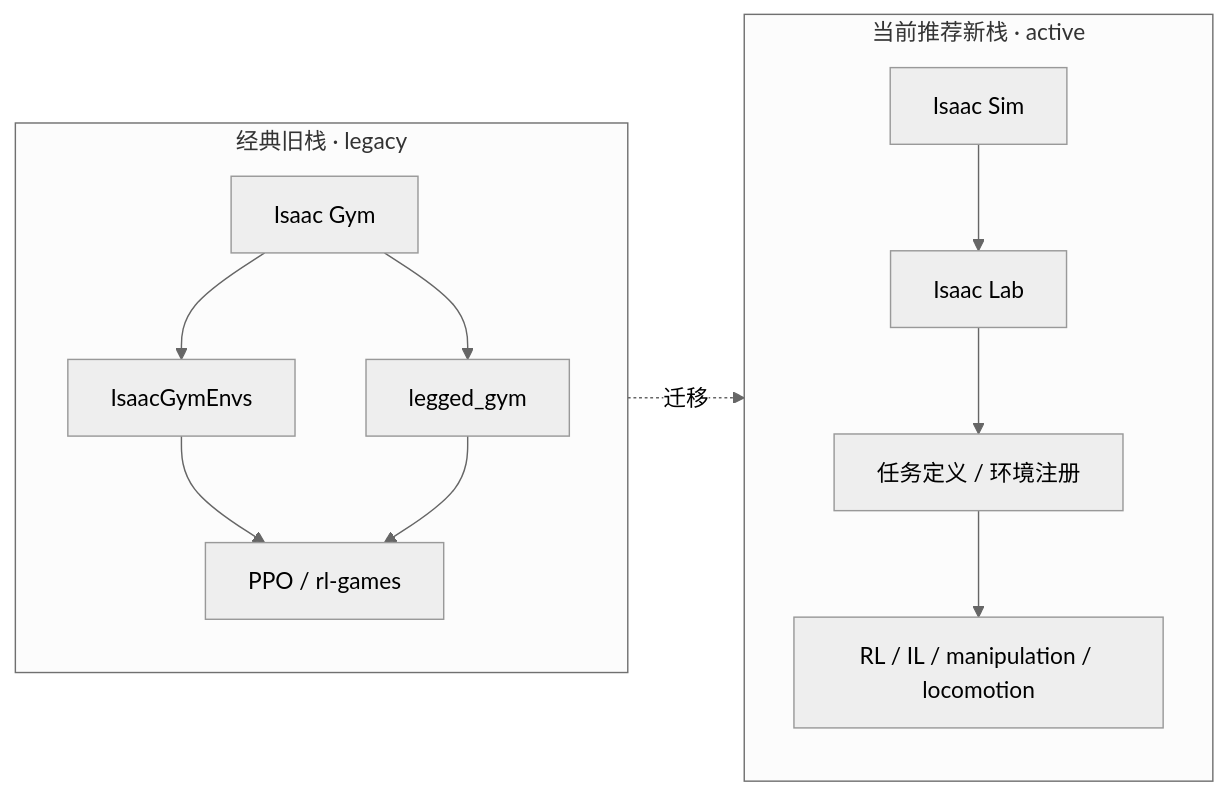
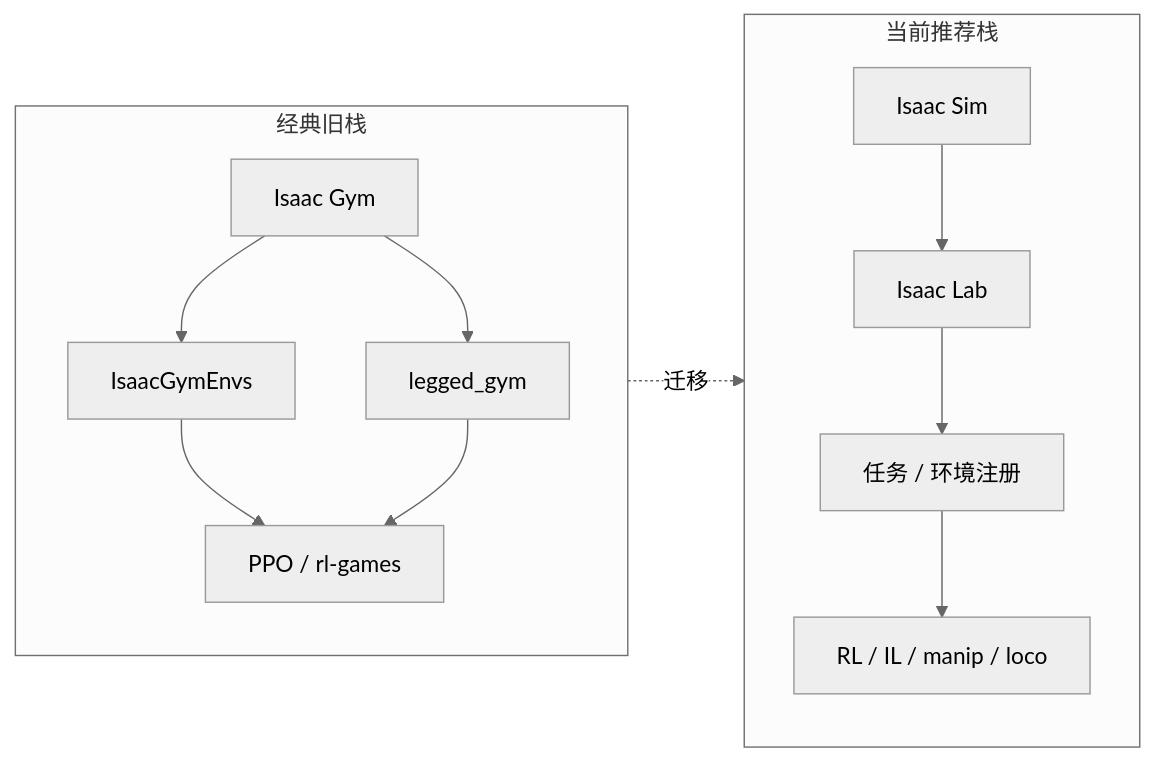
Before and after one commit to ImChong/Robotics_Notebooks: the second of 2 diagrams in wiki/entities/isaac-gym-isaac-lab.md, drawn with Mermaid (neutral theme). The commit also changed other lines of this file and 23 other files, not shown here.

First line of the commit message:
[2026-07-21] structural | Isaac Gym/Sim/Lab 独立节点补齐运行时序图与类图

````diff
--- a/wiki/entities/isaac-gym-isaac-lab.md
+++ b/wiki/entities/isaac-gym-isaac-lab.md
@@ -191,15 +104,15 @@
 ```mermaid
 flowchart LR
-  subgraph old["经典旧栈 · legacy"]
+  subgraph old["经典旧栈"]
     IG[Isaac Gym] --> IGE[IsaacGymEnvs]
     IG --> LG[legged_gym]
     IGE --> PPO1[PPO / rl-games]
     LG --> PPO1
   end
-  subgraph new["当前推荐新栈 · active"]
+  subgraph new["当前推荐栈"]
     SIM[Isaac Sim] --> LAB[Isaac Lab]
-    LAB --> REG[任务定义 / 环境注册]
-    REG --> APP[RL / IL / manipulation / locomotion]
+    LAB --> REG[任务 / 环境注册]
+    REG --> APP[RL / IL / manip / loco]
   end
   old -.->|迁移| new
 ```
````
